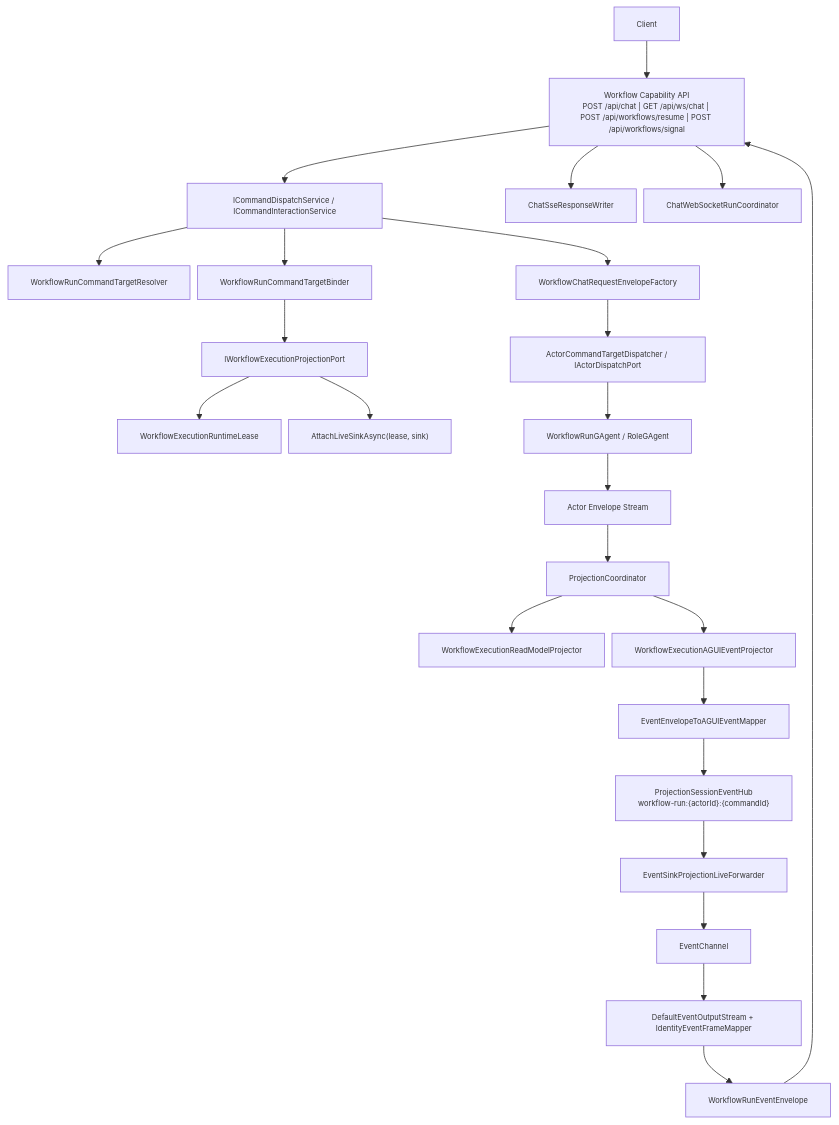
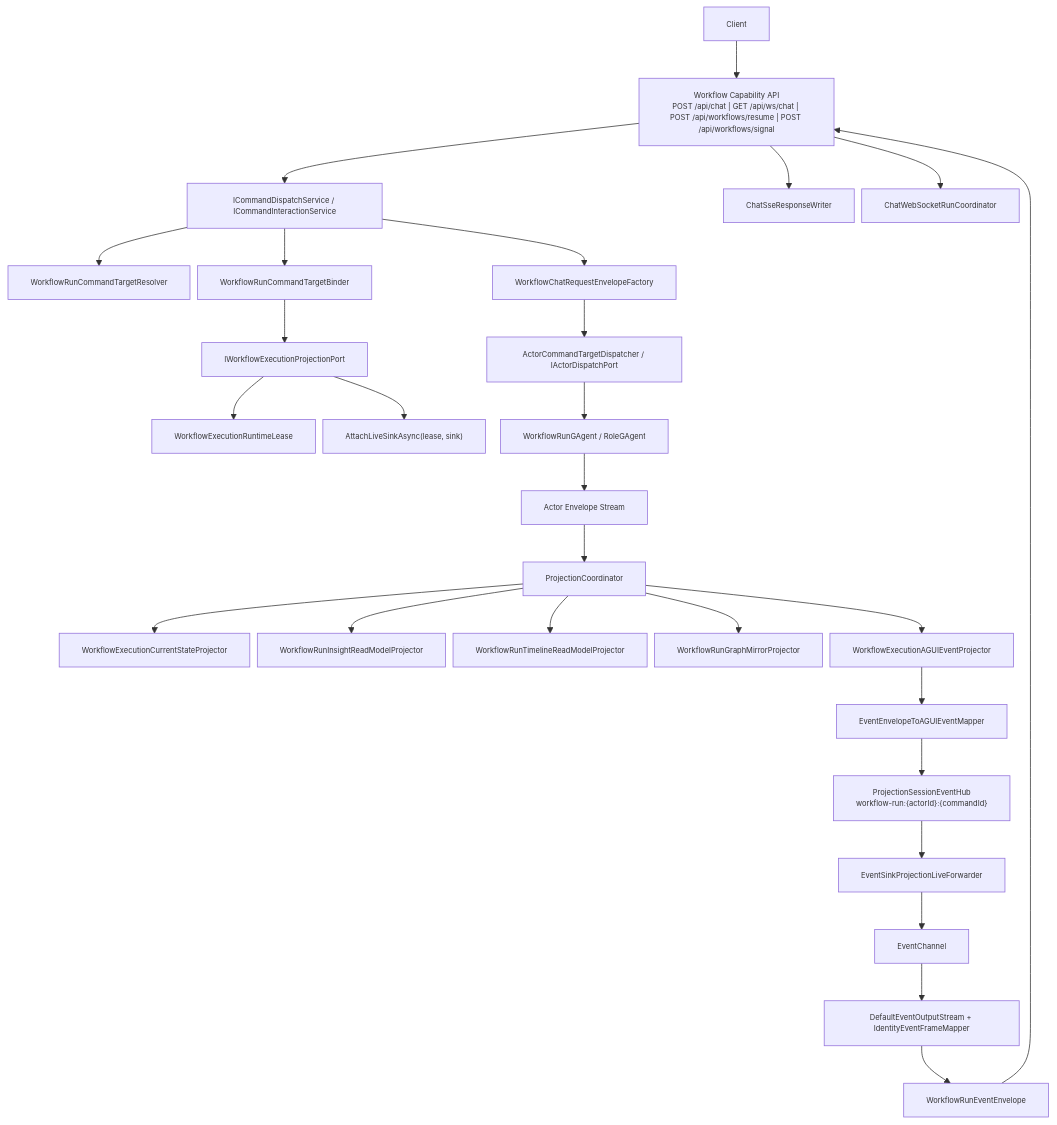
One commit to aevatarAI/aevatar changed the first of 5 diagrams in docs/WORKFLOW_LLM_STREAMING_ARCHITECTURE.md. Above: the diagram before and after it, drawn with Mermaid. The commit also changed other lines of this file and 21 other files, not shown here.

First line of the commit message:
Refactor Workflow Projection Architecture and Enhance ReadModel Structure

````diff
--- a/docs/WORKFLOW_LLM_STREAMING_ARCHITECTURE.md
+++ b/docs/WORKFLOW_LLM_STREAMING_ARCHITECTURE.md
@@ -58,27 +58,30 @@
 ```mermaid
 %%{init: {"maxTextSize": 100000, "flowchart": {"useMaxWidth": false, "nodeSpacing": 10, "rankSpacing": 50}, "themeVariables": {"fontSize": "10px"}}}%%
 flowchart TB
     C["Client"] --> H["Workflow Capability API\nPOST /api/chat | GET /api/ws/chat | POST /api/workflows/resume | POST /api/workflows/signal"]
     H --> CMD["ICommandDispatchService / ICommandInteractionService"]
     CMD --> RES["WorkflowRunCommandTargetResolver"]
     CMD --> BND["WorkflowRunCommandTargetBinder"]
     BND --> LIF["IWorkflowExecutionProjectionPort"]
     LIF --> LEASE["WorkflowExecutionRuntimeLease"]
     LIF --> SUB["AttachLiveSinkAsync(lease, sink)"]
     CMD --> FAC["WorkflowChatRequestEnvelopeFactory"]
     FAC --> DSP["ActorCommandTargetDispatcher / IActorDispatchPort"]
     DSP --> ACT["WorkflowRunGAgent / RoleGAgent"]
     ACT --> EVT["Actor Envelope Stream"]
     EVT --> COOR["ProjectionCoordinator"]
-    COOR --> RM["WorkflowExecutionReadModelProjector"]
+    COOR --> RM1["WorkflowExecutionCurrentStateProjector"]
+    COOR --> RM2["WorkflowRunInsightReadModelProjector"]
+    COOR --> RM3["WorkflowRunTimelineReadModelProjector"]
+    COOR --> RM4["WorkflowRunGraphMirrorProjector"]
     COOR --> AGP["WorkflowExecutionAGUIEventProjector"]
     AGP --> MAP["EventEnvelopeToAGUIEventMapper"]
     MAP --> HUB["ProjectionSessionEventHub\nworkflow-run:{actorId}:{commandId}"]
     HUB --> FWD["EventSinkProjectionLiveForwarder<WorkflowExecutionRuntimeLease, WorkflowRunEvent>"]
     FWD --> CH["EventChannel<WorkflowRunEvent>"]
     CH --> STR["DefaultEventOutputStream + IdentityEventFrameMapper"]
     STR --> FR["WorkflowRunEventEnvelope"]
     FR --> H
     H --> SSE["ChatSseResponseWriter"]
     H --> WS["ChatWebSocketRunCoordinator"]
 ```
````
